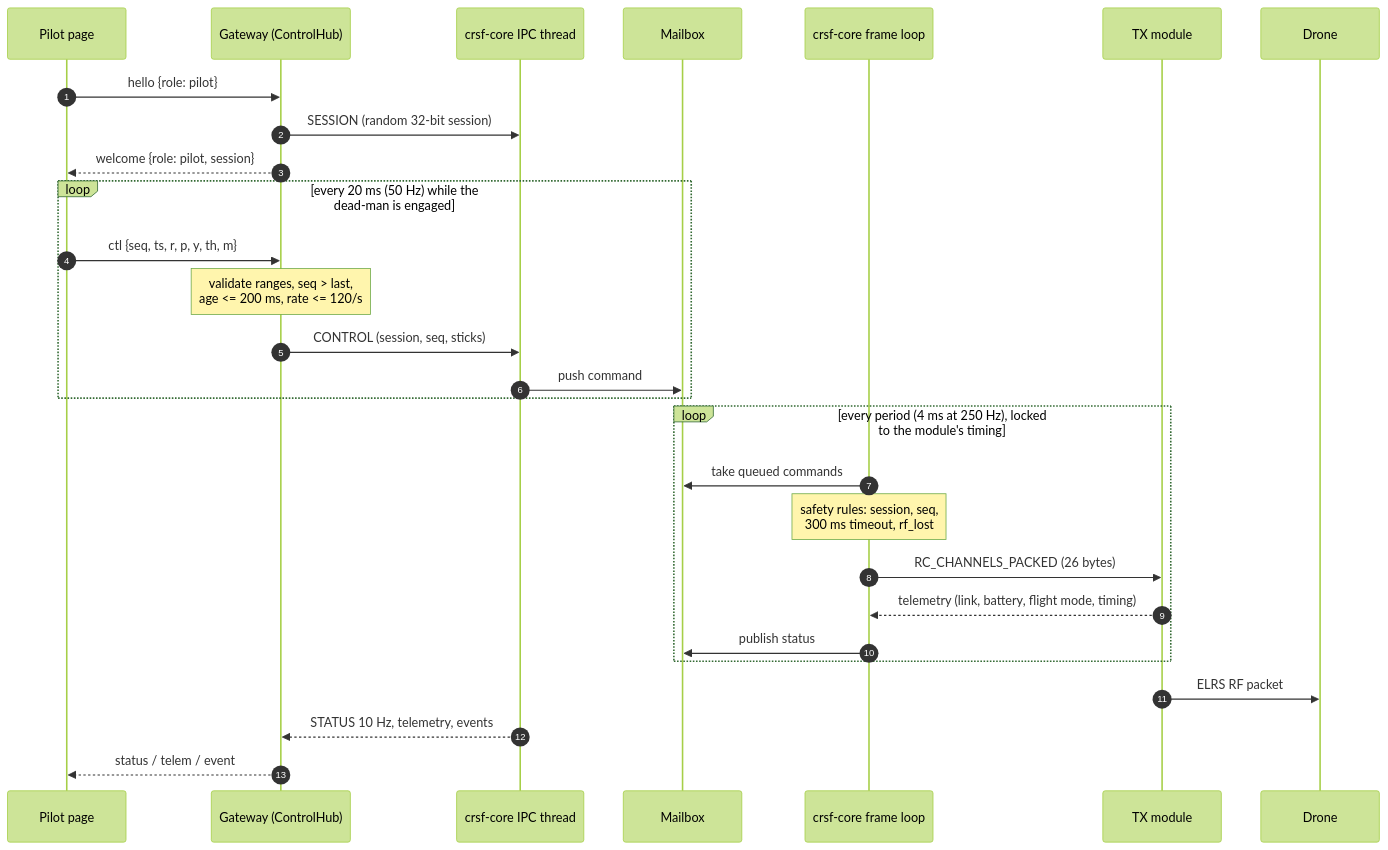
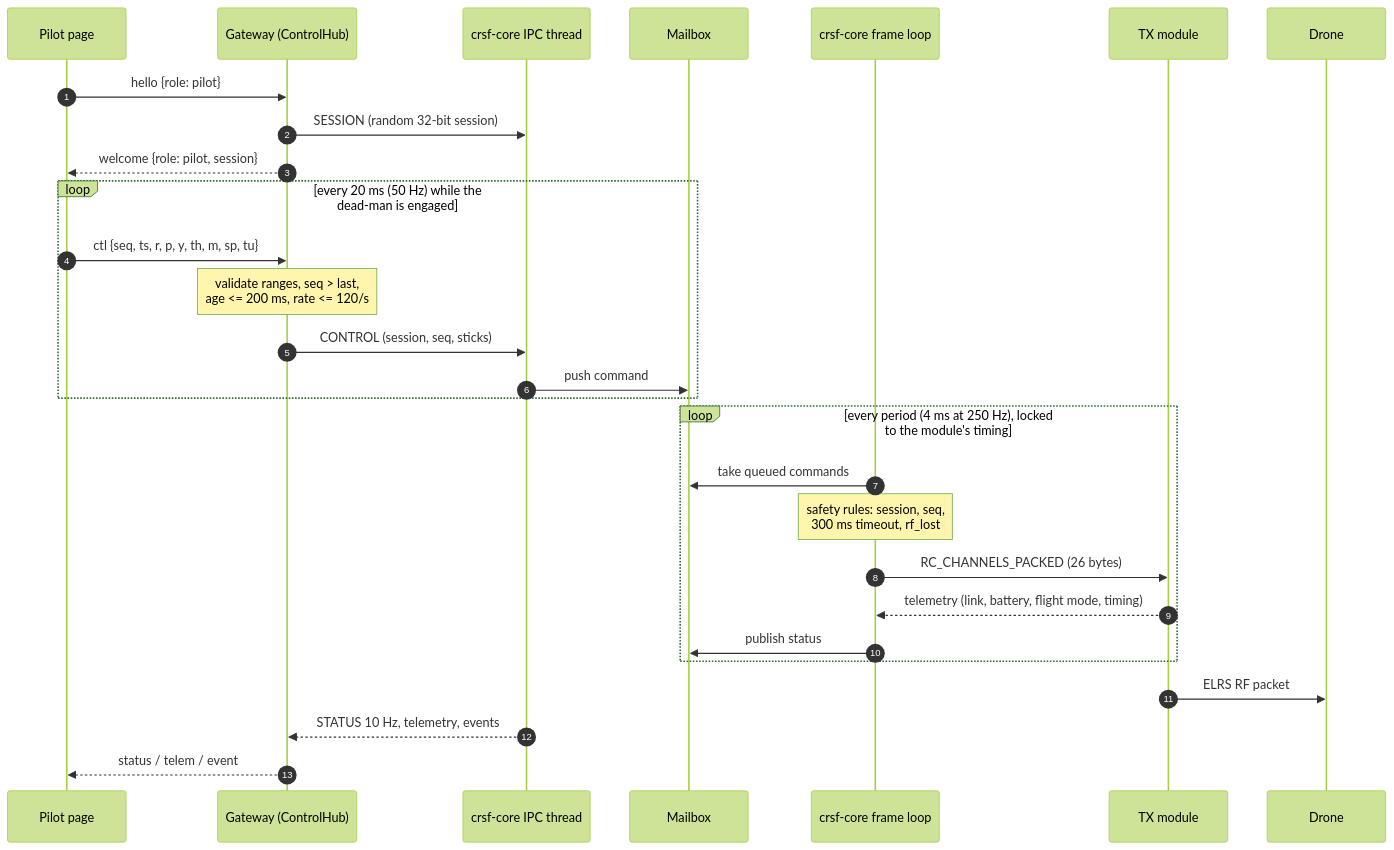
Before and after one commit to AustenLynn/elrs-web-gcs: the second of 5 diagrams in docs/ARCHITECTURE.md, drawn with Mermaid (forest theme). The commit also changed other lines of this file and 3 other files, not shown here.

First line of the commit message:
docs: speed and turtle in the Aquila20 setup, the architecture and the test counts

````diff
--- a/docs/ARCHITECTURE.md
+++ b/docs/ARCHITECTURE.md
@@ -127,31 +127,31 @@
 ```mermaid
 sequenceDiagram
     autonumber
     participant B as Pilot page
     participant G as Gateway (ControlHub)
     participant I as crsf-core IPC thread
     participant M as Mailbox
     participant L as crsf-core frame loop
     participant T as TX module
     participant D as Drone
 
     B->>G: hello {role: pilot}
     G->>I: SESSION (random 32-bit session)
     G-->>B: welcome {role: pilot, session}
     loop every 20 ms (50 Hz) while the dead-man is engaged
-        B->>G: ctl {seq, ts, r, p, y, th, m}
+        B->>G: ctl {seq, ts, r, p, y, th, m, sp, tu}
         Note over G: validate ranges, seq > last,<br/>age <= 200 ms, rate <= 120/s
         G->>I: CONTROL (session, seq, sticks)
         I->>M: push command
     end
     loop every period (4 ms at 250 Hz), locked to the module's timing
         L->>M: take queued commands
         Note over L: safety rules: session, seq,<br/>300 ms timeout, rf_lost
         L->>T: RC_CHANNELS_PACKED (26 bytes)
         T-->>L: telemetry (link, battery, flight mode, timing)
         L->>M: publish status
     end
     T->>D: ELRS RF packet
     I-->>G: STATUS 10 Hz, telemetry, events
     G-->>B: status / telem / event
 ```
````
